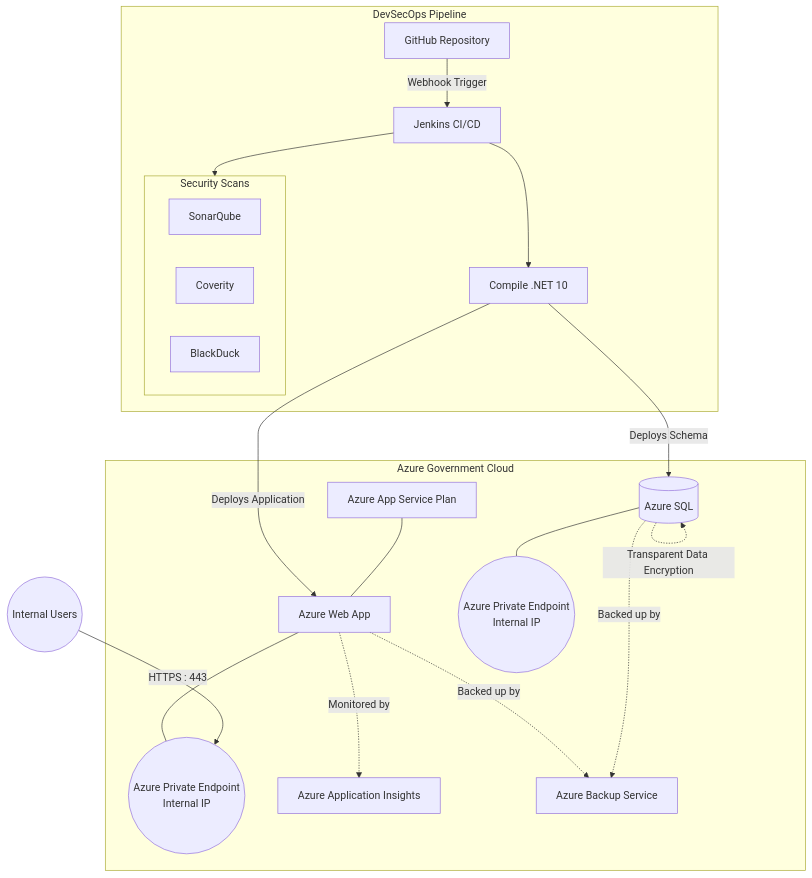
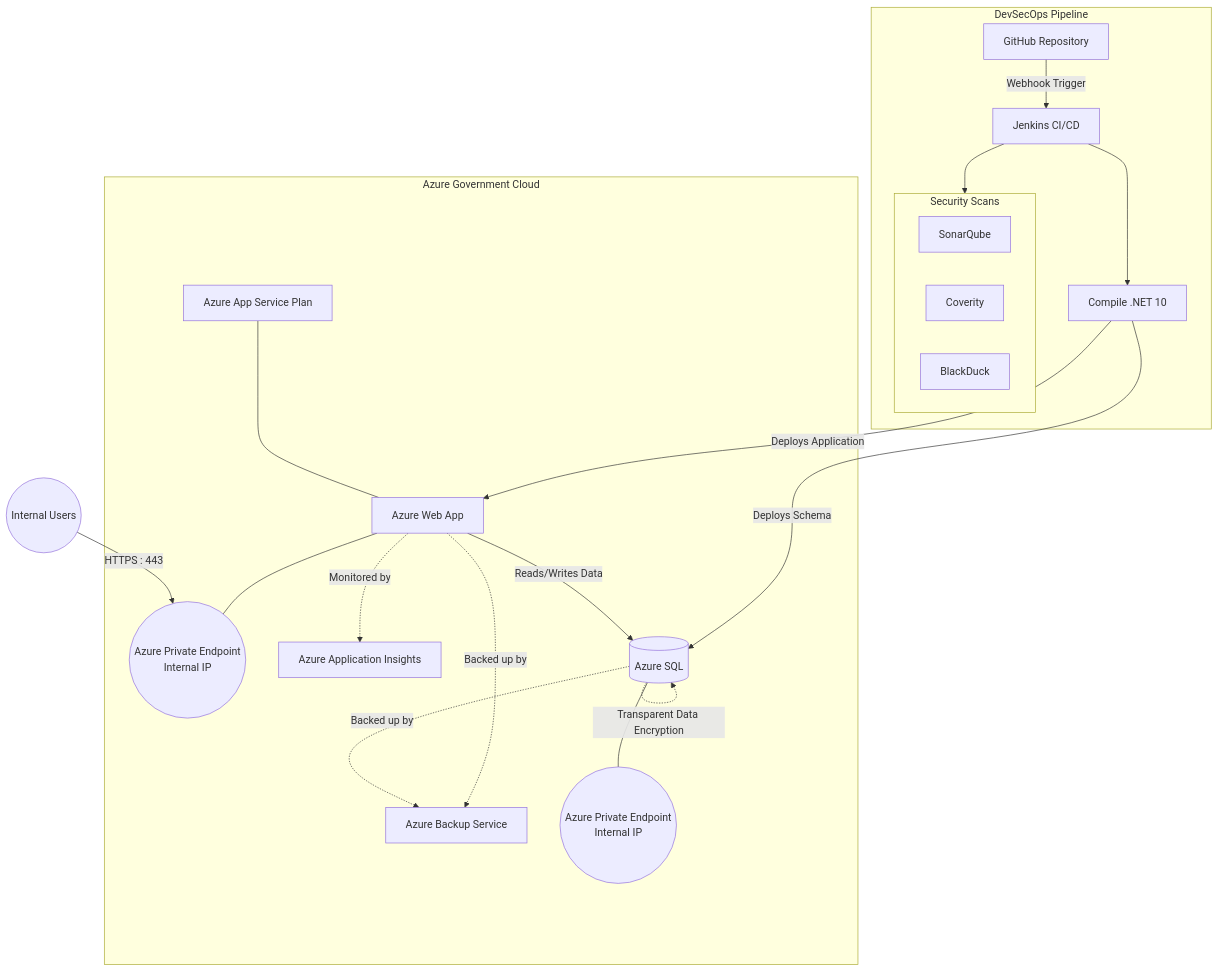
One commit to SingularityResearch/ChatApp changed the diagram in DeploymentRequirements.md. Above: the diagram before and after it, drawn with Mermaid.

Commit message:
update diagram

````diff
--- a/DeploymentRequirements.md
+++ b/DeploymentRequirements.md
@@ -27,54 +27,57 @@
 ```mermaid
 graph TD
     subgraph Pipeline [DevSecOps Pipeline]
         GitHub[GitHub Repository]
         Jenkins[Jenkins CI/CD]
         
         subgraph SecurityScans [Security Scans]
             SonarQube[SonarQube]
             Coverity[Coverity]
             BlackDuck[BlackDuck]
         end
         
         Build[Compile .NET 10]
     end
 
     subgraph AzureGov [Azure Government Cloud]
         AppServicePlan[Azure App Service Plan]
         WebApp[Azure Web App]
         WebAppPE((Azure Private Endpoint<br>Internal IP))
         
         AppInsights[Azure Application Insights]
         BackupSvc[Azure Backup Service]
         
         AzureSQL[(Azure SQL)]
         SqlPE((Azure Private Endpoint<br>Internal IP))
     end
     
     Users((Internal Users))
 
     %% Pipeline Flow
     GitHub -- Webhook Trigger --> Jenkins
     Jenkins --> SecurityScans
     Jenkins --> Build
     
     %% Deployment Flow
     Build -- Deploys Application --> WebApp
     Build -- Deploys Schema --> AzureSQL
     
     %% Azure Infrastructure
     AppServicePlan --- WebApp
     WebApp --- WebAppPE
     AzureSQL --- SqlPE
     
+    %% Communication
+    WebApp -- Reads/Writes Data --> AzureSQL
+    
     %% Encryption
     AzureSQL -. Transparent Data Encryption .-> AzureSQL
     
     %% Monitoring & Backup
     WebApp -. Monitored by .-> AppInsights
     WebApp -. Backed up by .-> BackupSvc
     AzureSQL -. Backed up by .-> BackupSvc
     
     %% Data Traffic
     Users -- HTTPS : 443 --> WebAppPE
 ```
````
